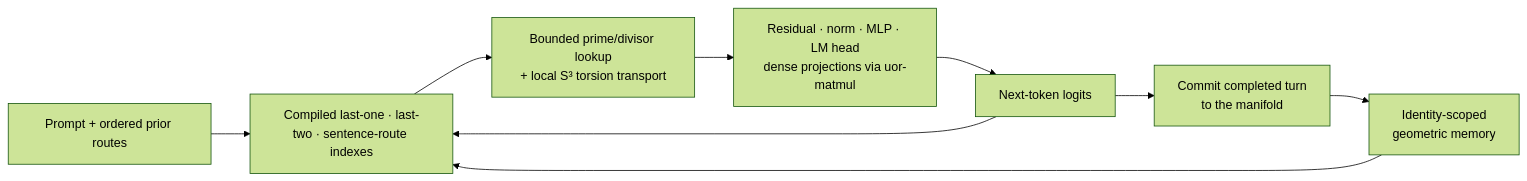
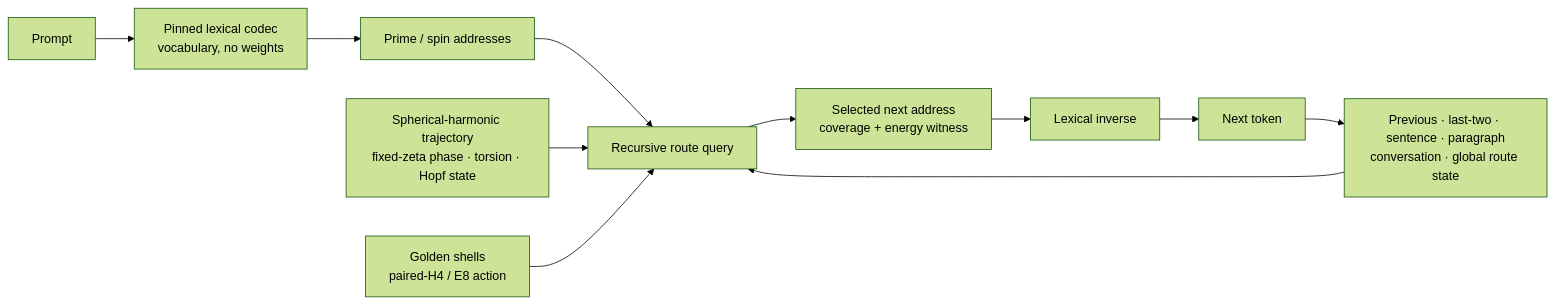
Before and after one commit to UOR-Foundation/uor-r4: the diagram in README.md, drawn with Mermaid (forest theme). The commit also changed other lines of this file and 56 other files, not shown here.

````diff
--- a/README.md
+++ b/README.md
@@ -53,11 +59,13 @@
 ```mermaid
 flowchart LR
-    Q["Prompt + ordered prior routes"] --> I["Compiled last-one · last-two · sentence-route indexes"]
-    M["Identity-scoped<br/>geometric memory"] --> I
-    I --> D["Bounded prime/divisor lookup<br/>+ local S³ torsion transport"]
-    D --> S["Residual · norm · MLP · LM head<br/>dense projections via uor-matmul"]
-    S --> T["Next-token logits"]
-    T --> I
-    T --> C["Commit completed turn<br/>to the manifold"]
-    C --> M
+    P["Prompt"] --> L["Pinned lexical codec<br/>vocabulary, no weights"]
+    L --> A["Prime / spin addresses"]
+    A --> Q["Recursive route query"]
+    H["Previous · last-two · sentence · paragraph<br/>conversation · global route state"] --> Q
+    S["Spherical-harmonic trajectory<br/>fixed-zeta phase · torsion · Hopf state"] --> Q
+    E["Golden shells<br/>paired-H4 / E8 action"] --> Q
+    Q --> N["Selected next address<br/>coverage + energy witness"]
+    N --> D["Lexical inverse"]
+    D --> O["Next token"]
+    O --> H
 ```
````
